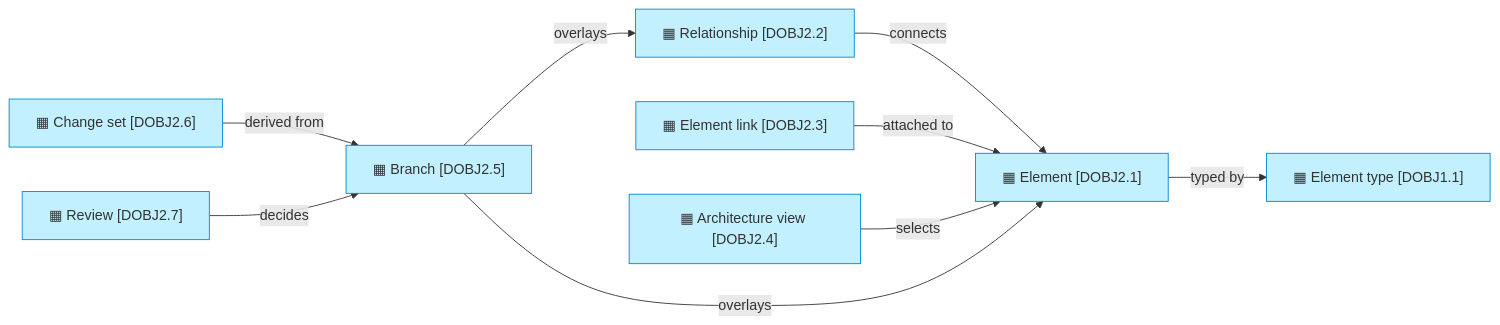
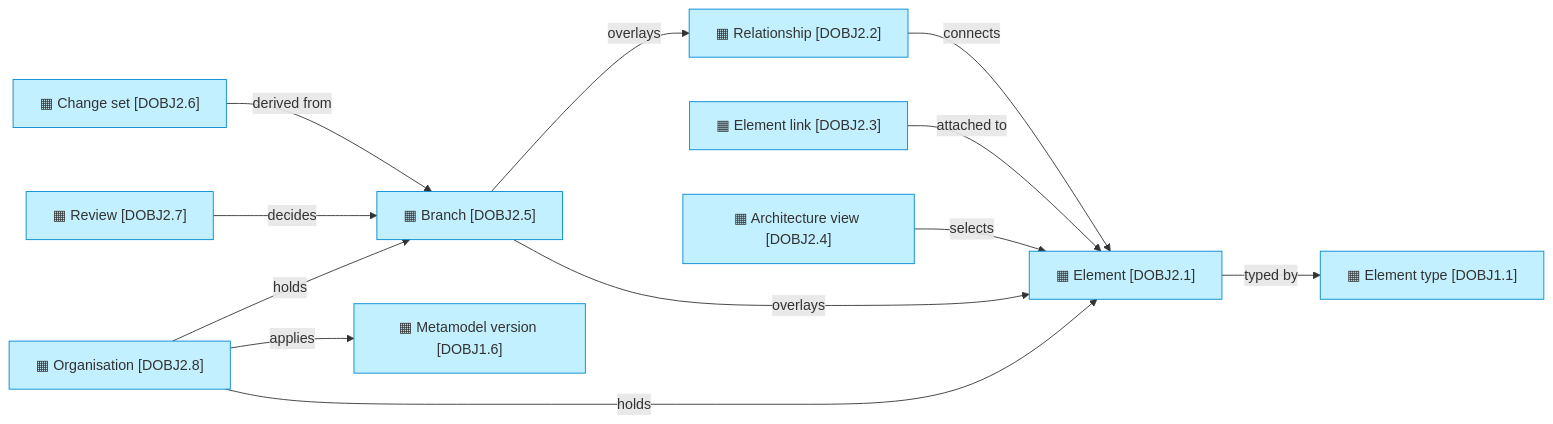
Before and after one commit to roanboc/dbx-enterprise-architecture: the third of 4 diagrams in architecture/3_information/1_data-objects.md, drawn with Mermaid. The commit also changed other lines of this file and 91 other files, not shown here.

````diff
--- a/architecture/3_information/1_data-objects.md
+++ b/architecture/3_information/1_data-objects.md
@@ -54,21 +59,26 @@
 ```mermaid
 flowchart LR
   el["▦ Element [DOBJ2.1]"]:::application
   rel["▦ Relationship [DOBJ2.2]"]:::application
   ln["▦ Element link [DOBJ2.3]"]:::application
   view["▦ Architecture view [DOBJ2.4]"]:::application
   br["▦ Branch [DOBJ2.5]"]:::application
   cs["▦ Change set [DOBJ2.6]"]:::application
   rev["▦ Review [DOBJ2.7]"]:::application
   et["▦ Element type [DOBJ1.1]"]:::application
+  org["▦ Organisation [DOBJ2.8]"]:::application
+  ver["▦ Metamodel version [DOBJ1.6]"]:::application
   rel -->|connects| el
   ln -->|attached to| el
   el -->|typed by| et
   view -->|selects| el
   br -->|overlays| el
   br -->|overlays| rel
   cs -->|derived from| br
   rev -->|decides| br
+  org -->|holds| el
+  org -->|holds| br
+  org -->|applies| ver
 
   classDef application fill:#c2f0ff,stroke:#0288d1,color:#333
 ```
````
